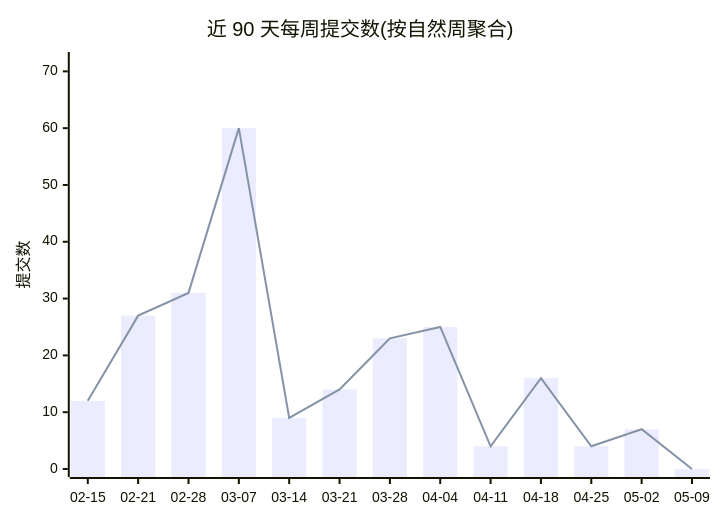
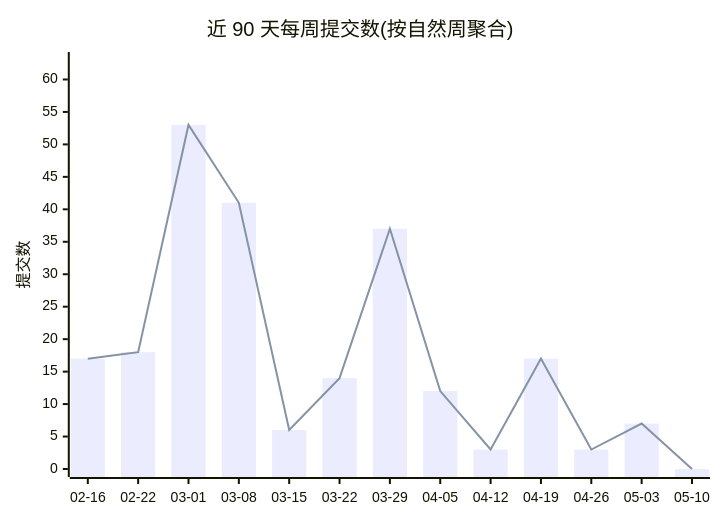
The first of 2 diagrams in profile/README.md (Conflux-Union/.github), drawn with Mermaid before and after one commit. The commit also changed other lines of this file and 1 other file, not shown here.

````diff
--- a/profile/README.md
+++ b/profile/README.md
@@ -44,8 +44,8 @@
 ```mermaid
 xychart-beta
     title "近 90 天每周提交数(按自然周聚合)"
-    x-axis ["02-15", "02-21", "02-28", "03-07", "03-14", "03-21", "03-28", "04-04", "04-11", "04-18", "04-25", "05-02", "05-09"]
-    y-axis "提交数" 0 --> 72
-    bar [12, 27, 31, 60, 9, 14, 23, 25, 4, 16, 4, 7, 0]
-    line [12, 27, 31, 60, 9, 14, 23, 25, 4, 16, 4, 7, 0]
+    x-axis ["02-16", "02-22", "03-01", "03-08", "03-15", "03-22", "03-29", "04-05", "04-12", "04-19", "04-26", "05-03", "05-10"]
+    y-axis "提交数" 0 --> 63
+    bar [17, 18, 53, 41, 6, 14, 37, 12, 3, 17, 3, 7, 0]
+    line [17, 18, 53, 41, 6, 14, 37, 12, 3, 17, 3, 7, 0]
 ```
````
